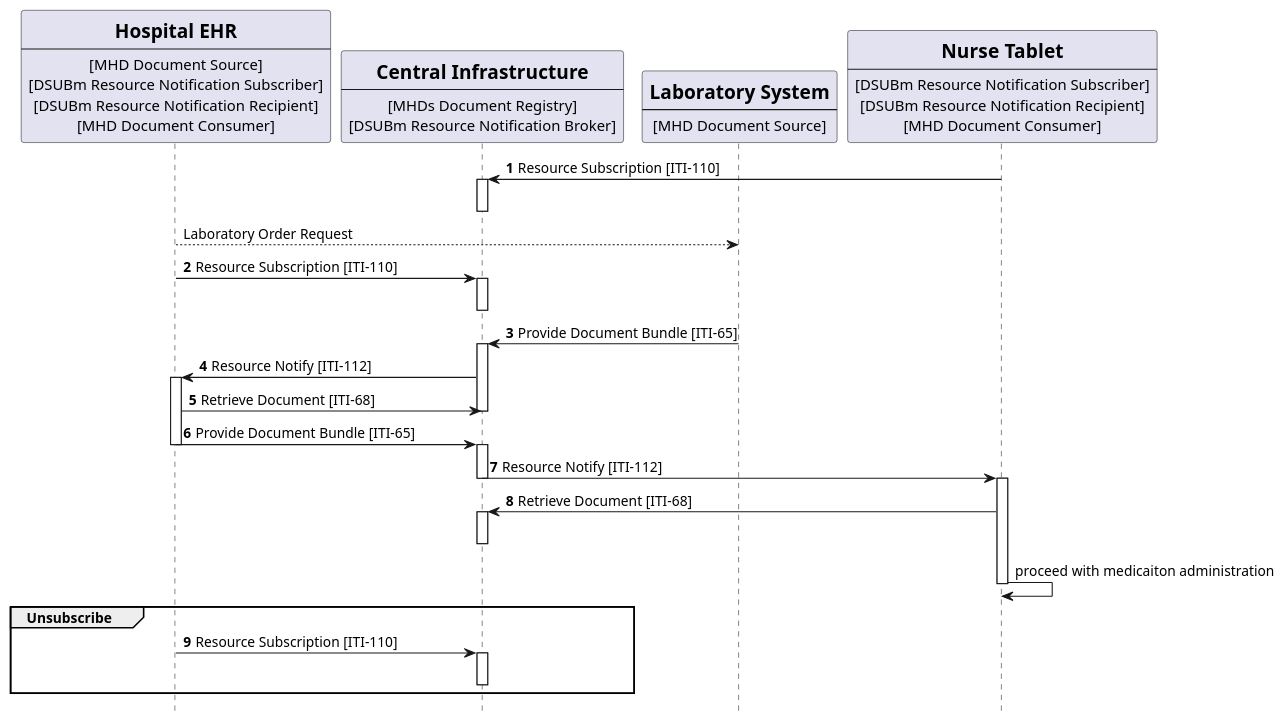
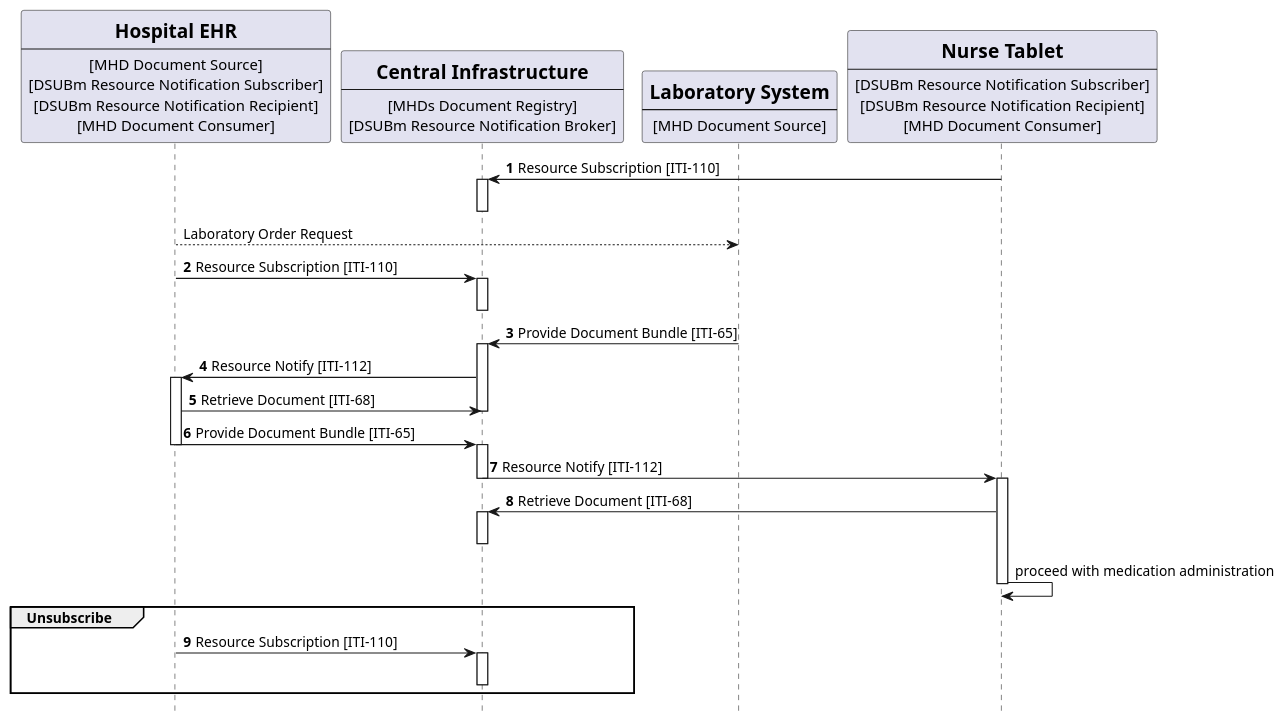
One commit to IHE/ITI.DSUBm changed the diagram in input/images-source/usecase1-processflow.plantuml. Above: the diagram before and after it, drawn with PlantUML.

```diff
--- a/input/images-source/usecase1-processflow.plantuml
+++ b/input/images-source/usecase1-processflow.plantuml
@@ -1,79 +1,79 @@
 @startuml
 skinparam svgDimensionStyle false
 hide footbox
 
 /'title "Subscription with DSUBm on MHDs infrastructure: Laboratory Results and ePrescription"'/
 participant HospitalEHR [
     =Hospital EHR
     ----
     [MHD Document Source]
     [DSUBm Resource Notification Subscriber]
     [DSUBm Resource Notification Recipient]
     [MHD Document Consumer]
 ] 
 
 participant MHDsDocumentRegistry [
     =Central Infrastructure
     ----
     [MHDs Document Registry]
     [DSUBm Resource Notification Broker]
     ] 
 
 
 participant LaboratorySystem [
     =Laboratory System
     ----
     [MHD Document Source]
 ] 
 
 participant NurseTablet [
     =Nurse Tablet
     ----
     [DSUBm Resource Notification Subscriber]
     [DSUBm Resource Notification Recipient]
     [MHD Document Consumer]
 ] 
 autonumber "<b>"
 NurseTablet -> MHDsDocumentRegistry:   Resource Subscription [ITI-110]
 activate MHDsDocumentRegistry
 deactivate MHDsDocumentRegistry
 autonumber stop
 HospitalEHR --> LaboratorySystem:  Laboratory Order Request
 autonumber 2 "<b>"
 HospitalEHR -> MHDsDocumentRegistry:  Resource Subscription [ITI-110]
 activate MHDsDocumentRegistry
 deactivate MHDsDocumentRegistry
 
 
 
 
 LaboratorySystem -> MHDsDocumentRegistry: Provide Document Bundle [ITI-65]
 activate MHDsDocumentRegistry
 
 MHDsDocumentRegistry -> HospitalEHR : Resource Notify [ITI-112]
 activate HospitalEHR
 HospitalEHR -> MHDsDocumentRegistry:  Retrieve Document [ITI-68]
 deactivate MHDsDocumentRegistry
 HospitalEHR -> MHDsDocumentRegistry: Provide Document Bundle [ITI-65]
 deactivate HospitalEHR
 
 activate MHDsDocumentRegistry
 MHDsDocumentRegistry -> NurseTablet : Resource Notify [ITI-112]
 deactivate MHDsDocumentRegistry
 activate NurseTablet
 NurseTablet -> MHDsDocumentRegistry: Retrieve Document [ITI-68]
 activate MHDsDocumentRegistry
 deactivate MHDsDocumentRegistry
 autonumber stop
-NurseTablet -> NurseTablet: proceed with medicaiton administration
+NurseTablet -> NurseTablet: proceed with medication administration
 deactivate NurseTablet
 
 autonumber 9 "<b>"
 group Unsubscribe
   HospitalEHR ->MHDsDocumentRegistry: Resource Subscription [ITI-110]
   activate MHDsDocumentRegistry
   deactivate MHDsDocumentRegistry
   
 end
 
 @enduml
```
